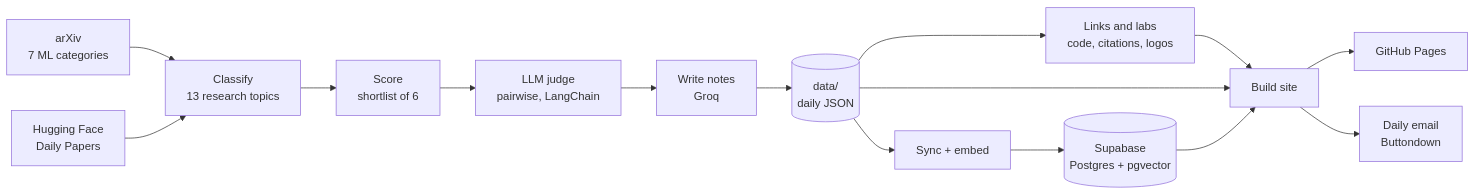
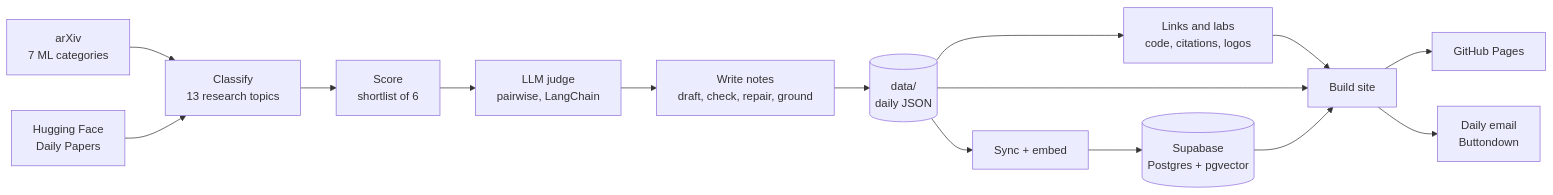
Before and after one commit to Omen-bit/ai-paper-daily: the diagram in README.md, drawn with Mermaid. The commit also changed other lines of this file and 2 other files, not shown here.

Commit message:
feat: add Curator agent for structured paper reading notes with LangGraph loop

````diff
--- a/README.md
+++ b/README.md
@@ -108,17 +108,17 @@
 ```mermaid
 flowchart LR
     A["arXiv<br/>7 ML categories"] --> C["Classify<br/>13 research topics"]
     B["Hugging Face<br/>Daily Papers"] --> C
     C --> D["Score<br/>shortlist of 6"]
     D --> J2["LLM judge<br/>pairwise, LangChain"]
-    J2 --> E["Write notes<br/>Groq"]
+    J2 --> E["Write notes<br/>draft, check, repair, ground"]
     E --> F[("data/<br/>daily JSON")]
     F --> L["Links and labs<br/>code, citations, logos"]
     F --> G["Sync + embed"]
     G --> H[("Supabase<br/>Postgres + pgvector")]
     L --> J["Build site"]
     F --> J
     H --> J
     J --> K["GitHub Pages"]
     J --> M["Daily email<br/>Buttondown"]
 ```
````
